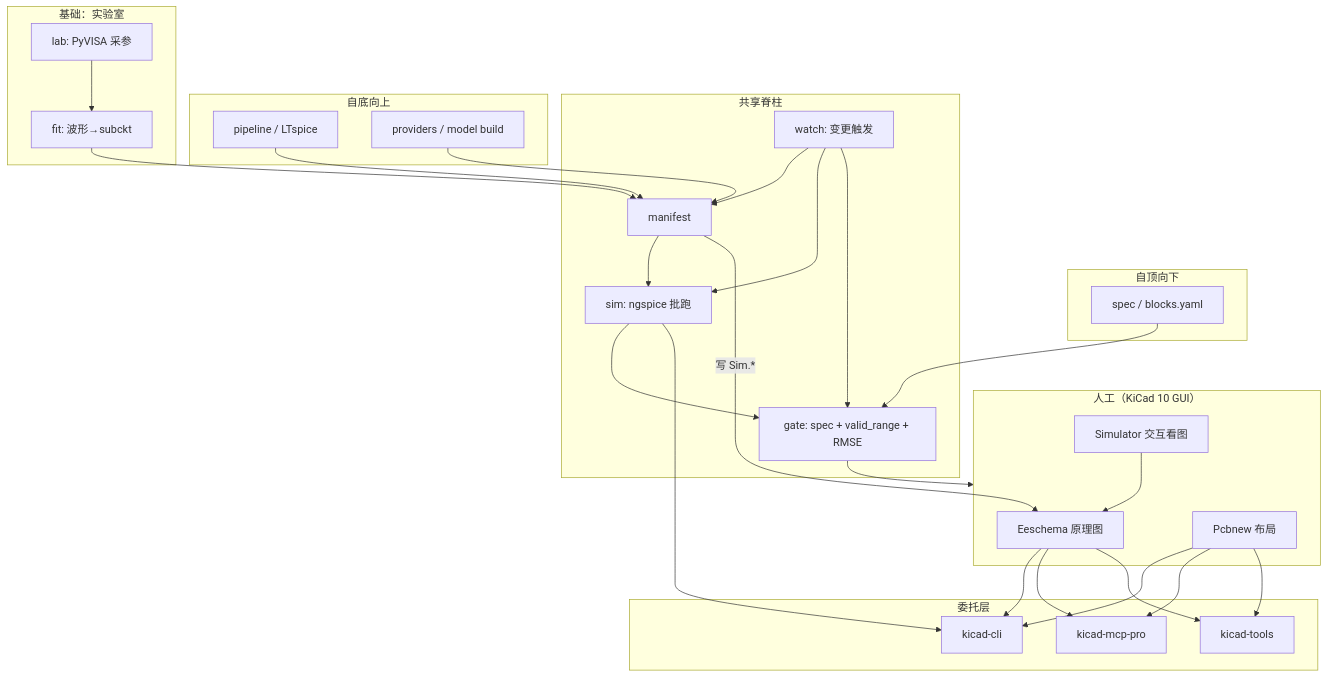
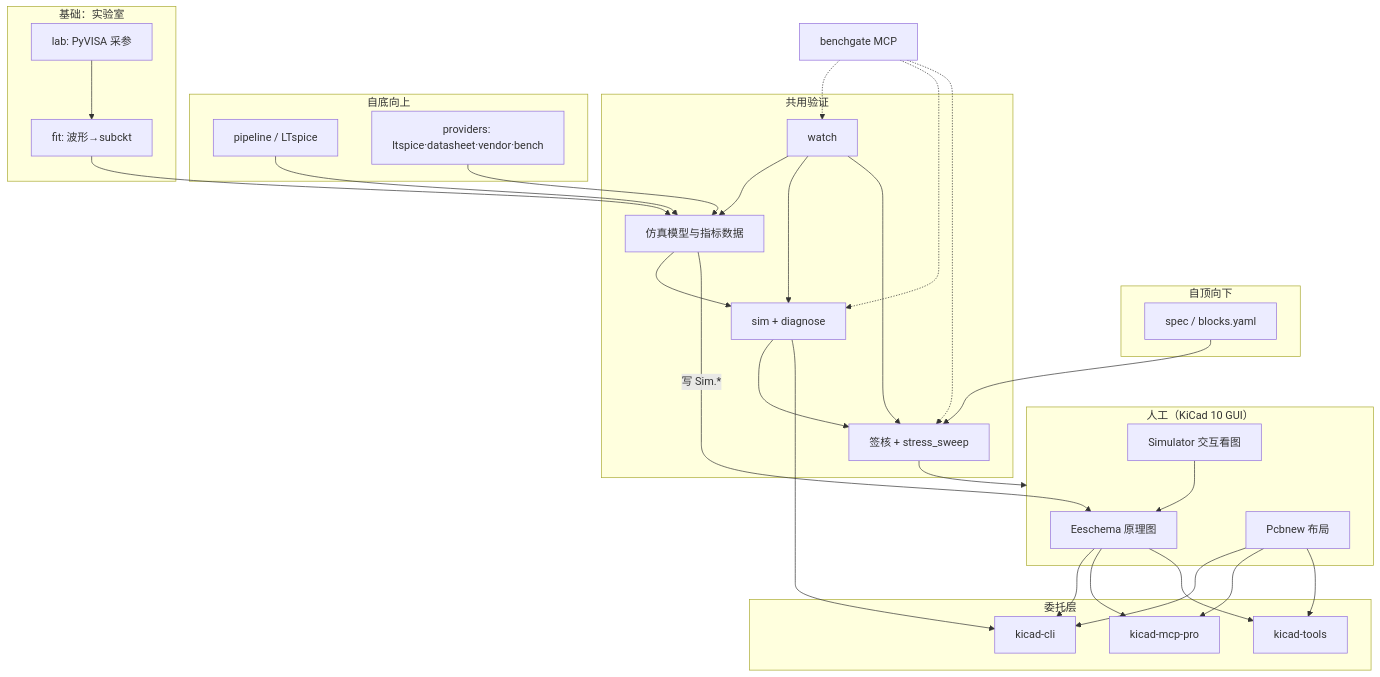
Before and after one commit to zhang1career/benchgate: the diagram in docs/MINIMUM_SCOPE.md, drawn with Mermaid. The commit also changed other lines of this file and 84 other files, not shown here.

````diff
--- a/docs/MINIMUM_SCOPE.md
+++ b/docs/MINIMUM_SCOPE.md
@@ -28,46 +43,47 @@
 ```mermaid
 flowchart TB
   subgraph human ["人工（KiCad 10 GUI）"]
     SCH[Eeschema 原理图]
     PCB[Pcbnew 布局]
     SIM_GUI[Simulator 交互看图]
   end
 
   subgraph delegate ["委托层"]
     CLI[kicad-cli]
     MCP[kicad-mcp-pro]
     KCT[kicad-tools]
   end
 
   subgraph topdown ["自顶向下"]
     SPEC["spec / blocks.yaml"]
   end
 
-  subgraph spine ["共享脊柱"]
-    WATCH[watch: 变更触发]
-    MAN[manifest]
-    SIM[sim: ngspice 批跑]
-    GATE[gate: spec + valid_range + RMSE]
+  subgraph spine ["共用验证"]
+    WATCH[watch]
+    MAN[仿真模型与指标数据]
+    SIM[sim + diagnose]
+    GATE[签核 + stress_sweep]
   end
 
   subgraph bottomup ["自底向上"]
     PIPE[pipeline / LTspice]
-    PROV[providers / model build]
+    PROV[providers: ltspice·datasheet·vendor·bench]
   end
 
   subgraph foundation ["基础：实验室"]
     LAB[lab: PyVISA 采参]
     FIT[fit: 波形→subckt]
   end
 
   SPEC --> GATE
   LAB --> FIT --> MAN
   PIPE & PROV --> MAN
   MAN --> SIM --> GATE
   GATE --> human
-  WATCH[watch: 变更触发] --> MAN & SIM & GATE
+  WATCH --> MAN & SIM & GATE
+  MCP_BG[benchgate MCP] -.-> WATCH & SIM & GATE
   SCH & PCB --> CLI & MCP & KCT
   MAN -->|"写 Sim.*"| SCH
   SIM --> CLI
   SIM_GUI --> SCH
 ```
````
